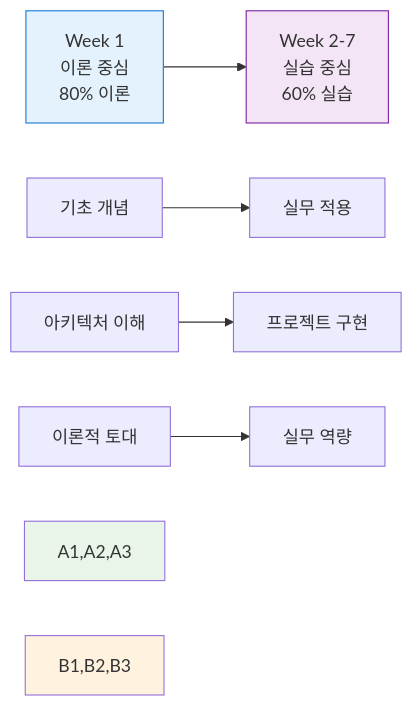
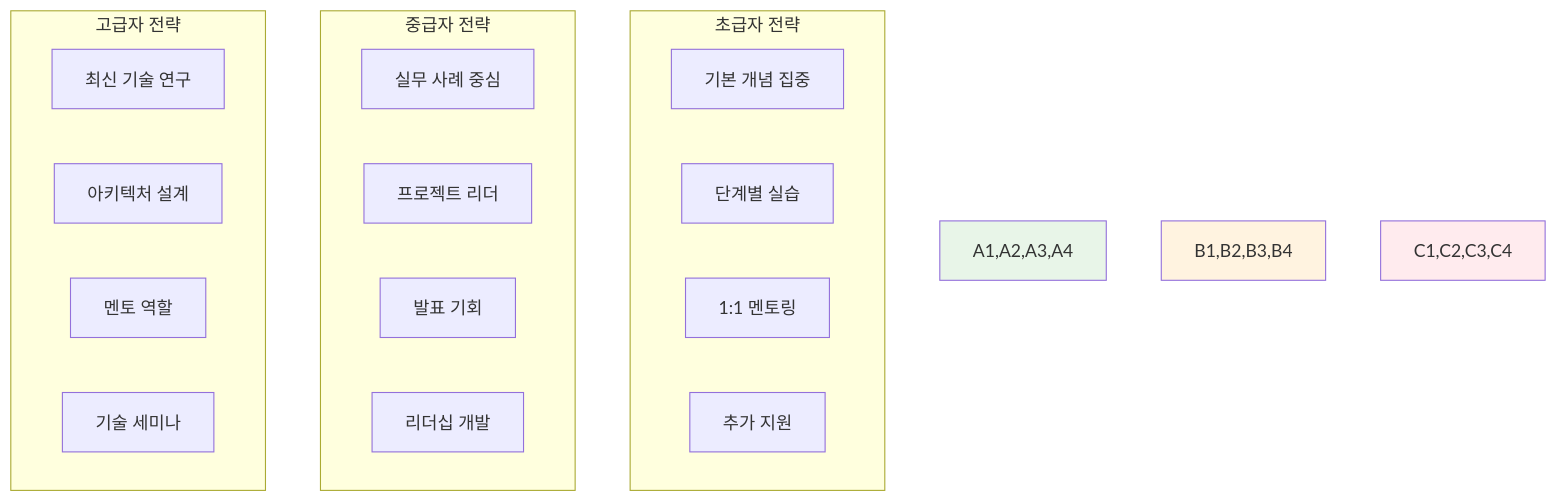
The first of 2 diagrams in README.md (niceguy61/kdt_devops_lecture_2025), drawn with Mermaid before and after one commit. The commit also changed other lines of this file and 178 other files, not shown here.

````diff
--- a/README.md
+++ b/README.md
@@ -68,13 +38,27 @@
 ```mermaid
-graph LR
-    A[Week 1<br/>이론 중심<br/>80% 이론] --> B[Week 2-7<br/>실습 중심<br/>60% 실습]
+graph TB
+    subgraph "초급자 전략"
+        A1[기본 개념 집중]
+        A2[단계별 실습]
+        A3[1:1 멘토링]
+        A4[추가 지원]
+    end
     
-    A1[기초 개념] --> B1[실무 적용]
-    A2[아키텍처 이해] --> B2[프로젝트 구현]
-    A3[이론적 토대] --> B3[실무 역량]
+    subgraph "중급자 전략"
+        B1[실무 사례 중심]
+        B2[프로젝트 리더]
+        B3[발표 기회]
+        B4[리더십 개발]
+    end
     
-    style A fill:#e3f2fd,stroke:#1976d2
-    style B fill:#f3e5f5,stroke:#7b1fa2
-    style A1,A2,A3 fill:#e8f5e8
-    style B1,B2,B3 fill:#fff3e0
+    subgraph "고급자 전략"
+        C1[최신 기술 연구]
+        C2[아키텍처 설계]
+        C3[멘토 역할]
+        C4[기술 세미나]
+    end
+    
+    style A1,A2,A3,A4 fill:#e8f5e8
+    style B1,B2,B3,B4 fill:#fff3e0
+    style C1,C2,C3,C4 fill:#ffebee
 ```
````
